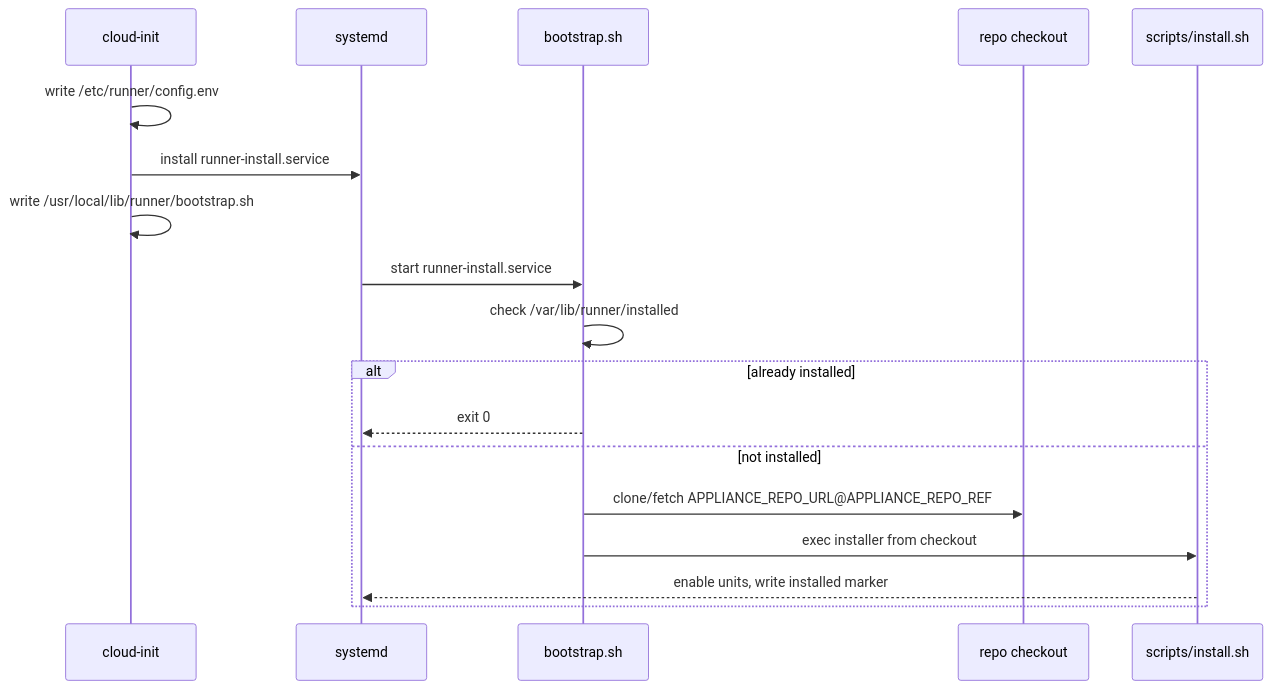
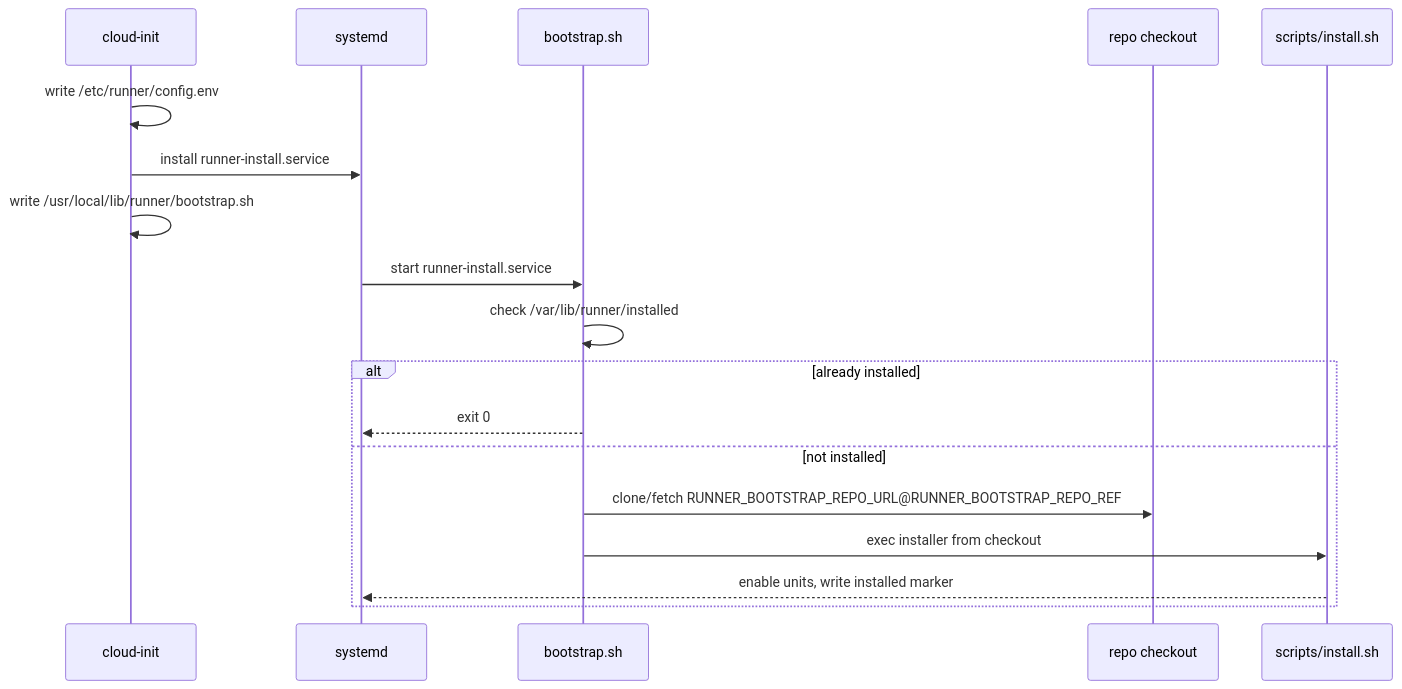
The second of 2 diagrams in docs/architecture.md (theaussiepom/github-runner), drawn with Mermaid before and after one commit. The commit also changed other lines of this file and 24 other files, not shown here.

Commit message:
runner: clarify bootstrap env vars, install deps, and clean up docs/tests

````diff
--- a/docs/architecture.md
+++ b/docs/architecture.md
@@ -66,21 +78,21 @@
 ```mermaid
 sequenceDiagram
   participant CI as cloud-init
   participant SD as systemd
   participant BOOT as bootstrap.sh
   participant REPO as repo checkout
   participant INST as scripts/install.sh
 
   CI->>CI: write /etc/runner/config.env
   CI->>SD: install runner-install.service
   CI->>CI: write /usr/local/lib/runner/bootstrap.sh
   SD->>BOOT: start runner-install.service
   BOOT->>BOOT: check /var/lib/runner/installed
   alt already installed
     BOOT-->>SD: exit 0
   else not installed
-    BOOT->>REPO: clone/fetch APPLIANCE_REPO_URL@APPLIANCE_REPO_REF
+    BOOT->>REPO: clone/fetch RUNNER_BOOTSTRAP_REPO_URL@RUNNER_BOOTSTRAP_REPO_REF
     BOOT->>INST: exec installer from checkout
     INST-->>SD: enable units, write installed marker
   end
 ```
````
